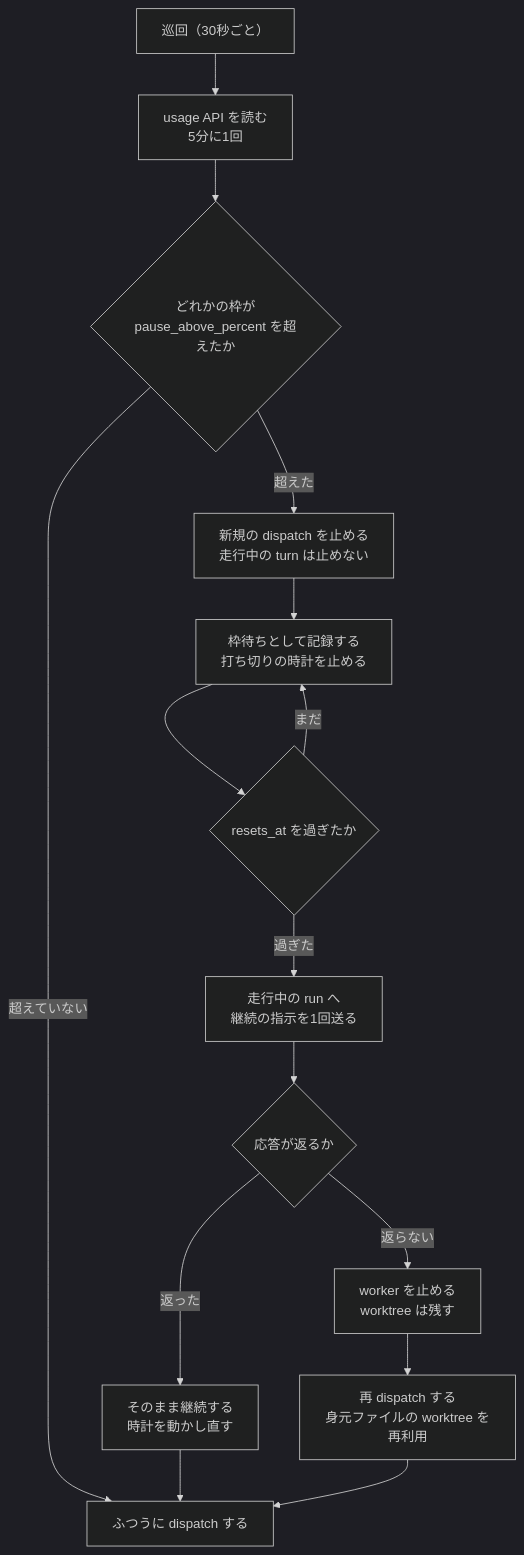
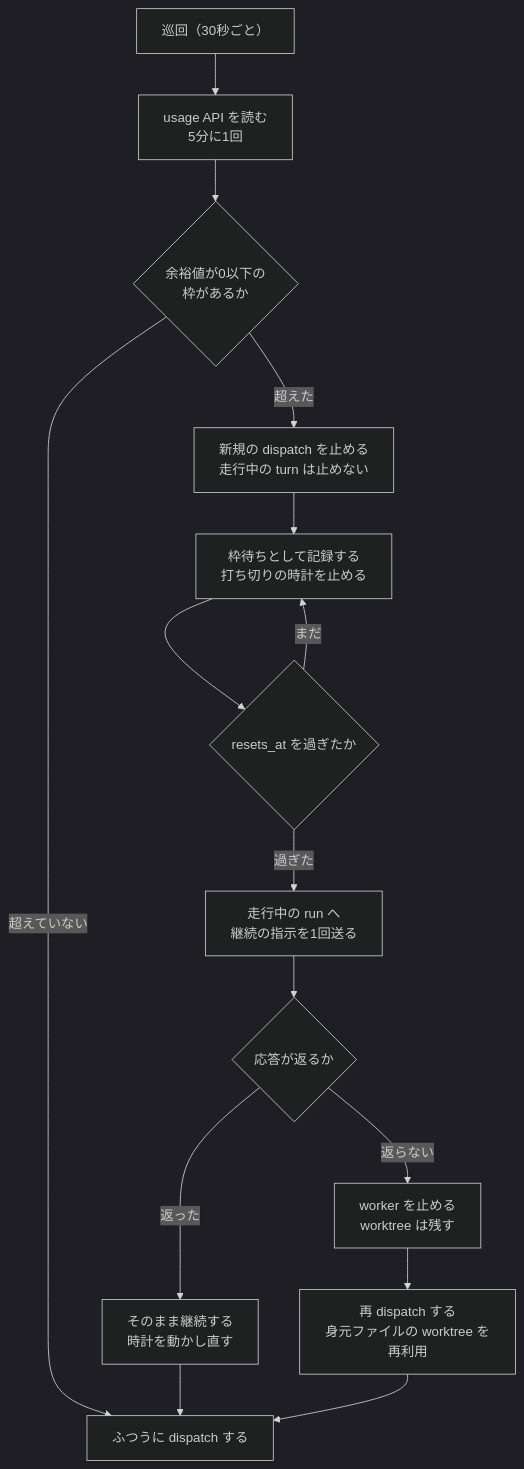
The fourth of 4 diagrams in docs/plans/continuo_design_slim.md (maimuzo/continuo), drawn with Mermaid (dark theme) before and after one commit. The commit also changed 13 other files, not shown here.

````diff
--- a/docs/plans/continuo_design_slim.md
+++ b/docs/plans/continuo_design_slim.md
@@ -404,20 +404,20 @@
 ```mermaid
 flowchart TB
     poll["巡回（30秒ごと）"] --> usage["usage API を読む<br/>5分に1回"]
-    usage --> over{"どれかの枠が<br/>pause_above_percent を超えたか"}
+    usage --> over{"余裕値が0以下の<br/>枠があるか"}
     over -->|"超えた"| stop["新規の dispatch を止める<br/>走行中の turn は止めない"]
     over -->|"超えていない"| normal["ふつうに dispatch する"]
 
     stop --> waiting["枠待ちとして記録する<br/>打ち切りの時計を止める"]
     waiting --> reset{"resets_at を過ぎたか"}
     reset -->|"まだ"| waiting
     reset -->|"過ぎた"| probe["走行中の run へ<br/>継続の指示を1回送る"]
 
     probe --> resp{"応答が返るか"}
     resp -->|"返った"| resume["そのまま継続する<br/>時計を動かし直す"]
     resp -->|"返らない"| kill["worker を止める<br/>worktree は残す"]
     kill --> redispatch["再 dispatch する<br/>身元ファイルの worktree を再利用"]
 
     resume --> normal
     redispatch --> normal
 ```
````
